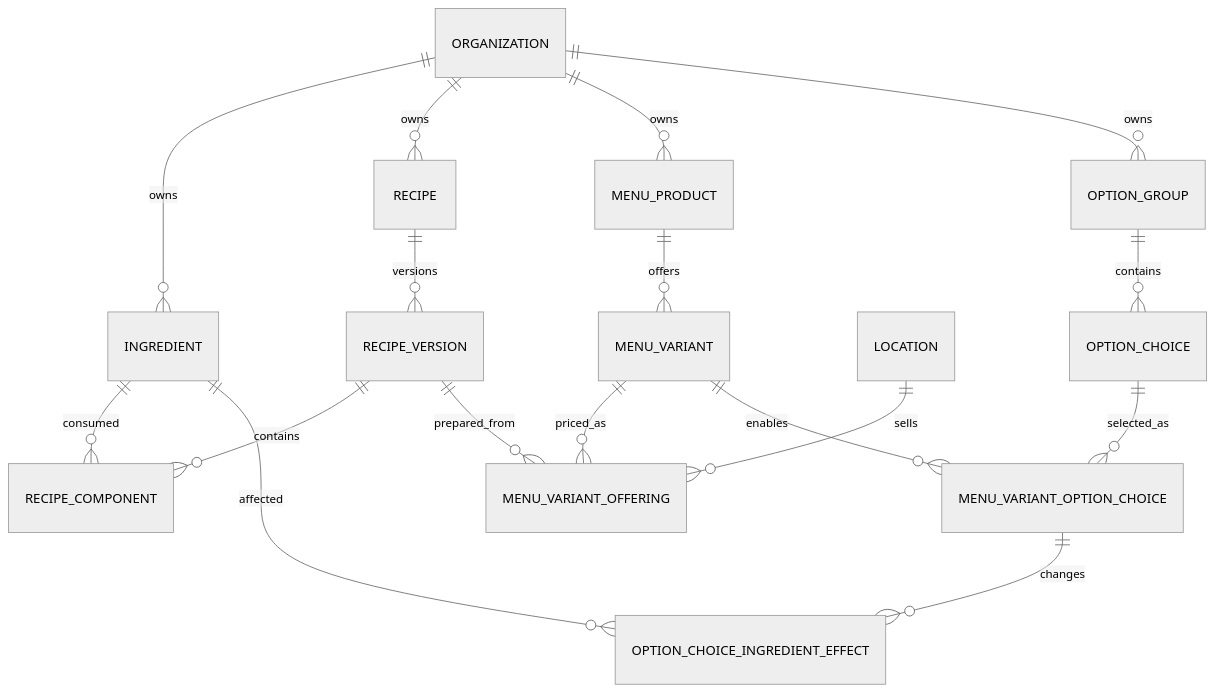
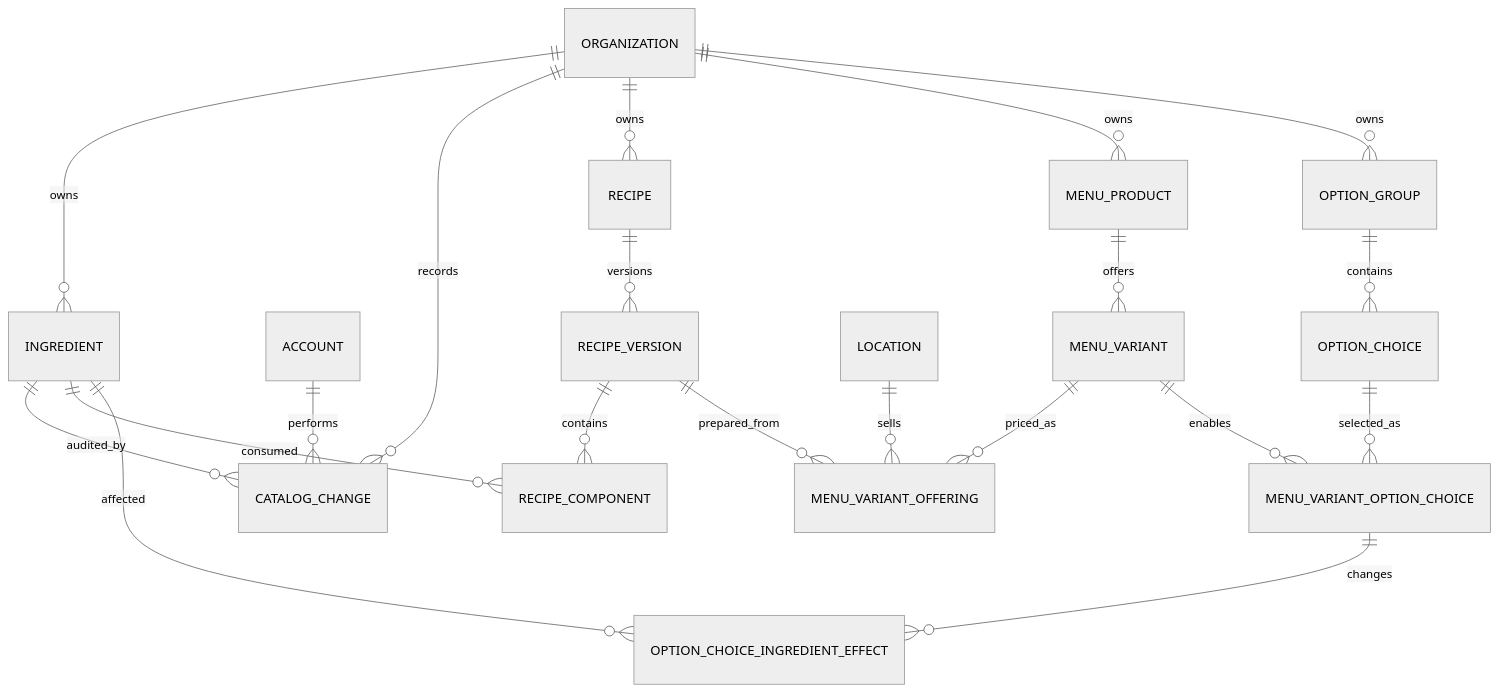
One commit to Cyrus-Krispin/bubble-tea-shop changed the second of 3 diagrams in docs/database/erd.md. Above: the diagram before and after it, drawn with Mermaid (neutral theme). The commit also changed other lines of this file and 15 other files, not shown here.

````diff
--- a/docs/database/erd.md
+++ b/docs/database/erd.md
@@ -27,21 +29,24 @@
 ```mermaid
 erDiagram
     ORGANIZATION ||--o{ INGREDIENT : owns
+    ORGANIZATION ||--o{ CATALOG_CHANGE : records
+    ACCOUNT ||--o{ CATALOG_CHANGE : performs
+    INGREDIENT ||--o{ CATALOG_CHANGE : audited_by
     ORGANIZATION ||--o{ RECIPE : owns
     RECIPE ||--o{ RECIPE_VERSION : versions
     RECIPE_VERSION ||--o{ RECIPE_COMPONENT : contains
     INGREDIENT ||--o{ RECIPE_COMPONENT : consumed
 
     ORGANIZATION ||--o{ MENU_PRODUCT : owns
     MENU_PRODUCT ||--o{ MENU_VARIANT : offers
     MENU_VARIANT ||--o{ MENU_VARIANT_OFFERING : priced_as
     LOCATION ||--o{ MENU_VARIANT_OFFERING : sells
     RECIPE_VERSION ||--o{ MENU_VARIANT_OFFERING : prepared_from
 
     ORGANIZATION ||--o{ OPTION_GROUP : owns
     OPTION_GROUP ||--o{ OPTION_CHOICE : contains
     MENU_VARIANT ||--o{ MENU_VARIANT_OPTION_CHOICE : enables
     OPTION_CHOICE ||--o{ MENU_VARIANT_OPTION_CHOICE : selected_as
     MENU_VARIANT_OPTION_CHOICE ||--o{ OPTION_CHOICE_INGREDIENT_EFFECT : changes
     INGREDIENT ||--o{ OPTION_CHOICE_INGREDIENT_EFFECT : affected
 ```
````
